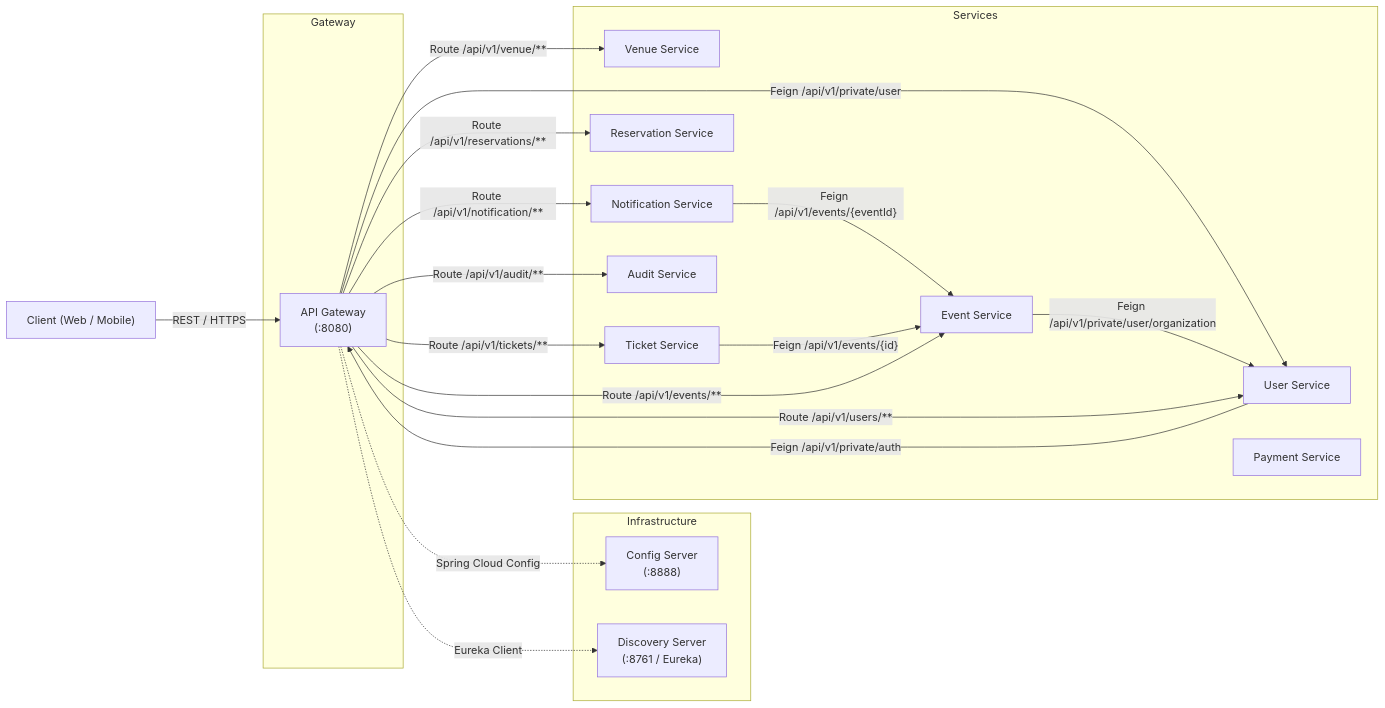
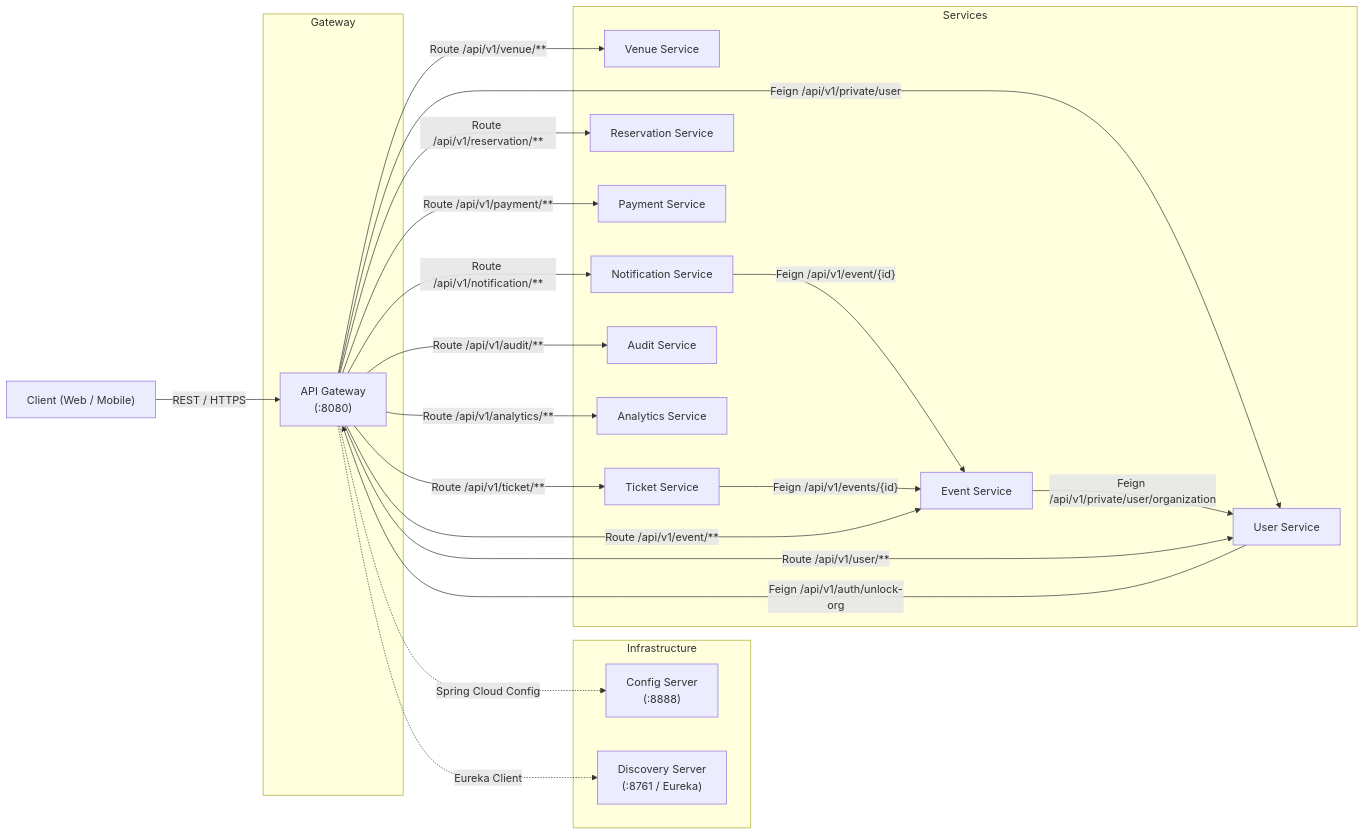
Before and after one commit to Ticket-Souq/TicketSouq: the first of 2 diagrams in docs/architecture/system-architecture.md, drawn with Mermaid. The commit also changed other lines of this file and 23 other files, not shown here.

````diff
--- a/docs/architecture/system-architecture.md
+++ b/docs/architecture/system-architecture.md
@@ -10,64 +10,67 @@
 ```mermaid
 flowchart LR
   Client["Client (Web / Mobile)"]
 
   subgraph Infrastructure
     Config["Config Server\n(:8888)"]
     Discovery["Discovery Server\n(:8761 / Eureka)"]
   end
 
   subgraph Gateway
     GW["API Gateway\n(:8080)"]
   end
 
   subgraph Services
     US["User Service"]
     ES["Event Service"]
     VS["Venue Service"]
     TS["Ticket Service"]
     RS["Reservation Service"]
     PS["Payment Service"]
     NS["Notification Service"]
     AS["Audit Service"]
+    AnS["Analytics Service"]
   end
 
   %% Client → Gateway
-  %% Source: docker-compose.yml:417-418 (api-gateway port mapping)
+  %% Source: docker-compose.yml:508-509 (api-gateway port mapping)
   Client -->|"REST / HTTPS"| GW
 
   %% Gateway → Config & Discovery
-  %% Source: docker-compose.yml:429-431 (gateway depends_on config-server + discovery-server)
+  %% Source: docker-compose.yml:521-529 (gateway depends_on config-server + discovery-server)
   GW -.->|"Spring Cloud Config"| Config
-  %% Source: api-gateway/pom.xml:26 (spring-cloud-starter-gateway-server-webmvc)
+  %% Source: pom.xml:56 (spring-cloud-starter-netflix-eureka-client, inherited by all services)
   GW -.->|"Eureka Client"| Discovery
 
   %% Gateway → User Service (Feign)
-  %% Source: api-gateway/src/main/java/.../client/UserServiceClient.java:10
+  %% Source: api-gateway/src/main/java/.../client/UserServiceClient.java:12
   GW -->|"Feign /api/v1/private/user"| US
 
   %% Event Service → User Service (Feign)
-  %% Source: event-service/src/main/java/.../Client/UserServiceClient.java:9
+  %% Source: event-service/src/main/java/.../Client/UserServiceClient.java:11
   ES -->|"Feign /api/v1/private/user/organization"| US
 
   %% Notification Service → Event Service (Feign)
   %% Source: notification-service/src/main/java/.../client/EventClient.java:11
-  NS -->|"Feign /api/v1/events/{eventId}"| ES
+  NS -->|"Feign /api/v1/event/{id}"| ES
 
   %% Ticket Service → Event Service (Feign)
   %% Source: ticket-service/src/main/java/.../client/EventServiceClient.java:10
   TS -->|"Feign /api/v1/events/{id}"| ES
 
   %% User Service → Gateway (Feign)
   %% Source: user-service/src/main/java/.../client/AuthServiceClient.java:10
-  US -->|"Feign /api/v1/private/auth"| GW
+  US -->|"Feign /api/v1/auth/unlock-org"| GW
 
   %% Gateway → All business services (routed traffic)
-  %% Source: api-gateway/pom.xml:26 (spring-cloud-starter-gateway-server-webmvc)
-  GW -->|"Route /api/v1/users/**"| US
-  GW -->|"Route /api/v1/events/**"| ES
+  %% Source: api-gateway/.../config/RoutesConfig.java:58-64 (route-building loop, prefix = service.replace("-service", ""))
+  GW -->|"Route /api/v1/user/**"| US
+  GW -->|"Route /api/v1/analytics/**"| AnS
+  GW -->|"Route /api/v1/audit/**"| AS
+  GW -->|"Route /api/v1/event/**"| ES
+  GW -->|"Route /api/v1/notification/**"| NS
+  GW -->|"Route /api/v1/payment/**"| PS
+  GW -->|"Route /api/v1/reservation/**"| RS
+  GW -->|"Route /api/v1/ticket/**"| TS
   GW -->|"Route /api/v1/venue/**"| VS
-  GW -->|"Route /api/v1/tickets/**"| TS
-  GW -->|"Route /api/v1/reservations/**"| RS
-  GW -->|"Route /api/v1/notification/**"| NS
-  GW -->|"Route /api/v1/audit/**"| AS
 ```
````
